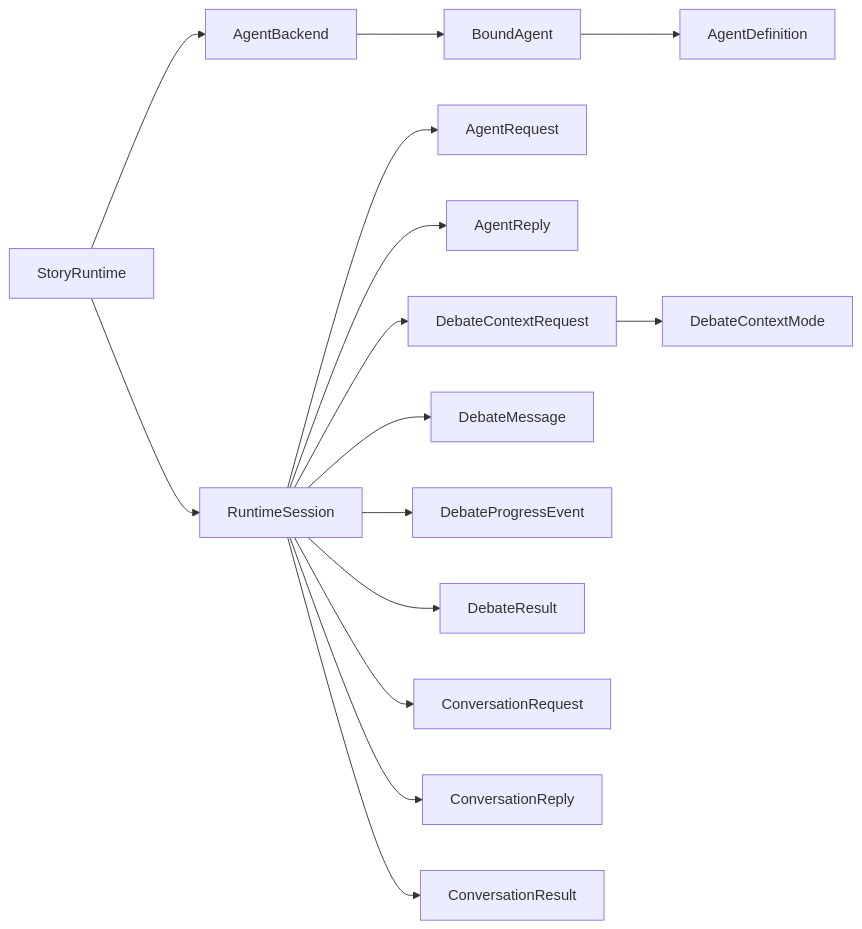
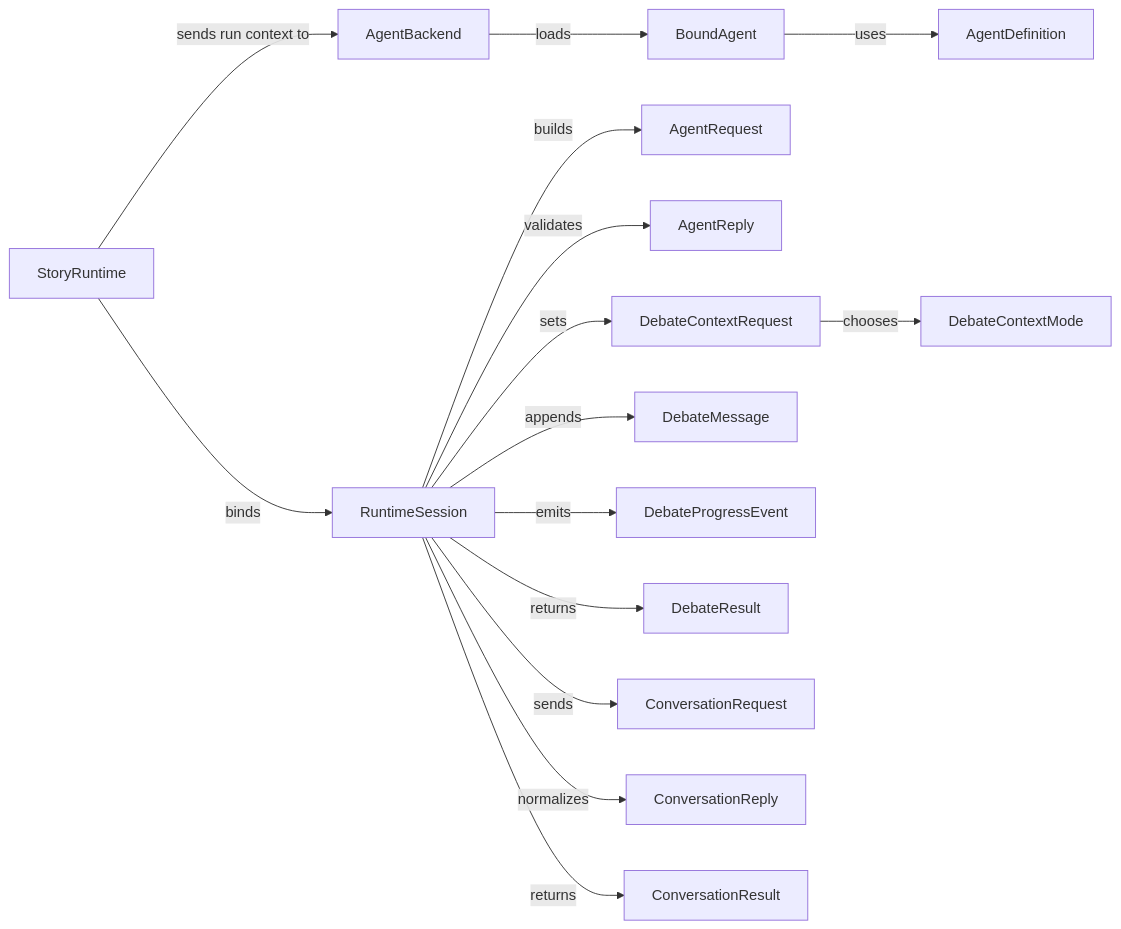
The fourth of 9 diagrams in docs/design/overview.md (Kims-DeveloperGroup/story-writing-agents), drawn with Mermaid before and after one commit. The commit also changed other lines of this file, not shown here.

Commit message:
Label diagram links and add short diagram descriptions

````diff
--- a/docs/design/overview.md
+++ b/docs/design/overview.md
@@ -206,33 +210,33 @@
 ```mermaid
 flowchart LR
     RT[StoryRuntime]
     CS[RuntimeSession]
     AB[AgentBackend]
     BA[BoundAgent]
     AD[AgentDefinition]
     AReq[AgentRequest]
     ARep[AgentReply]
     DReq[DebateContextRequest]
     DMode[DebateContextMode]
     DMsg[DebateMessage]
     DProg[DebateProgressEvent]
     DRes[DebateResult]
     CReq[ConversationRequest]
     CRep[ConversationReply]
     CRes[ConversationResult]
 
-    RT --> AB
-    AB --> BA
-    BA --> AD
-    RT --> CS
-    CS --> AReq
-    CS --> ARep
-    CS --> DReq
-    DReq --> DMode
-    CS --> DMsg
-    CS --> DProg
-    CS --> DRes
-    CS --> CReq
-    CS --> CRep
-    CS --> CRes
+    RT -->|sends run context to| AB
+    AB -->|loads| BA
+    BA -->|uses| AD
+    RT -->|binds| CS
+    CS -->|builds| AReq
+    CS -->|validates| ARep
+    CS -->|sets| DReq
+    DReq -->|chooses| DMode
+    CS -->|appends| DMsg
+    CS -->|emits| DProg
+    CS -->|returns| DRes
+    CS -->|sends| CReq
+    CS -->|normalizes| CRep
+    CS -->|returns| CRes
 ```
````
